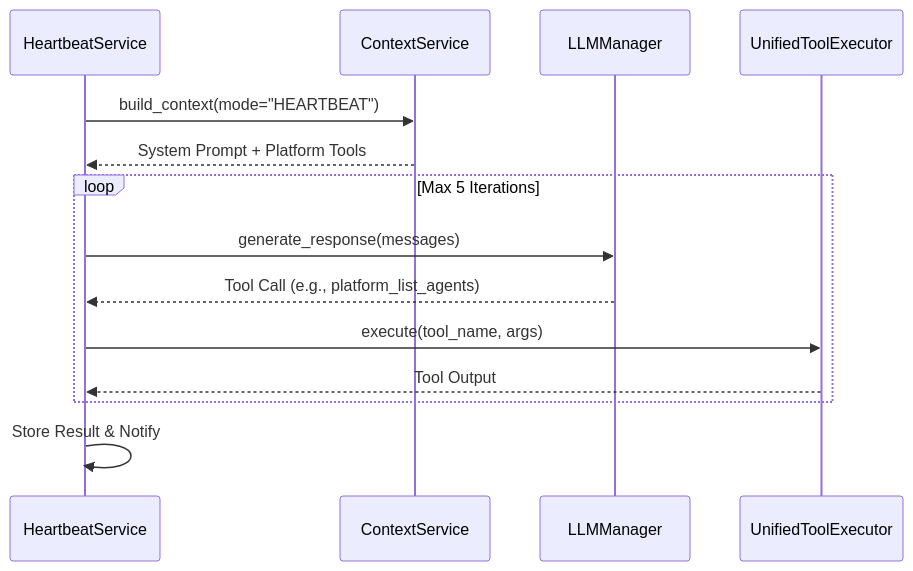
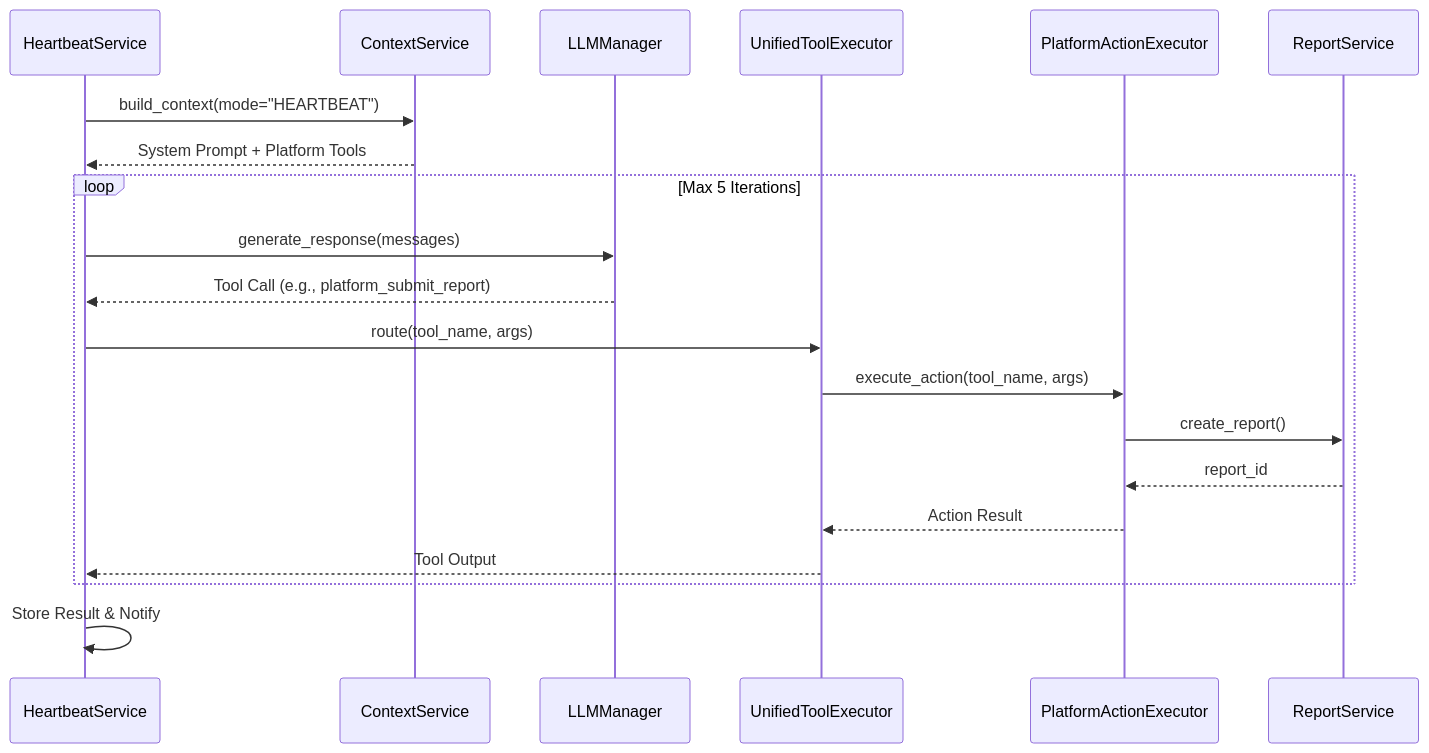
The second of 2 diagrams in docs/heartbeat-proactive-assistant/orchestrator-heartbeat.md (AutomatosAI/automatos-ai), drawn with Mermaid before and after one commit. The commit also changed other lines of this file and 153 other files, not shown here.

````diff
--- a/docs/heartbeat-proactive-assistant/orchestrator-heartbeat.md
+++ b/docs/heartbeat-proactive-assistant/orchestrator-heartbeat.md
@@ -124,19 +113,25 @@
 ```mermaid
 sequenceDiagram
     participant S as HeartbeatService
     participant C as ContextService
     participant L as LLMManager
     participant T as UnifiedToolExecutor
+    participant P as PlatformActionExecutor
+    participant R as ReportService
     
     S->>C: build_context(mode="HEARTBEAT")
     C-->>S: System Prompt + Platform Tools
     
     loop Max 5 Iterations
         S->>L: generate_response(messages)
-        L-->>S: Tool Call (e.g., platform_list_agents)
-        S->>T: execute(tool_name, args)
+        L-->>S: Tool Call (e.g., platform_submit_report)
+        S->>T: route(tool_name, args)
+        T->>P: execute_action(tool_name, args)
+        P->>R: create_report()
+        R-->>P: report_id
+        P-->>T: Action Result
         T-->>S: Tool Output
     end
     
     S->>S: Store Result & Notify
 ```
````
